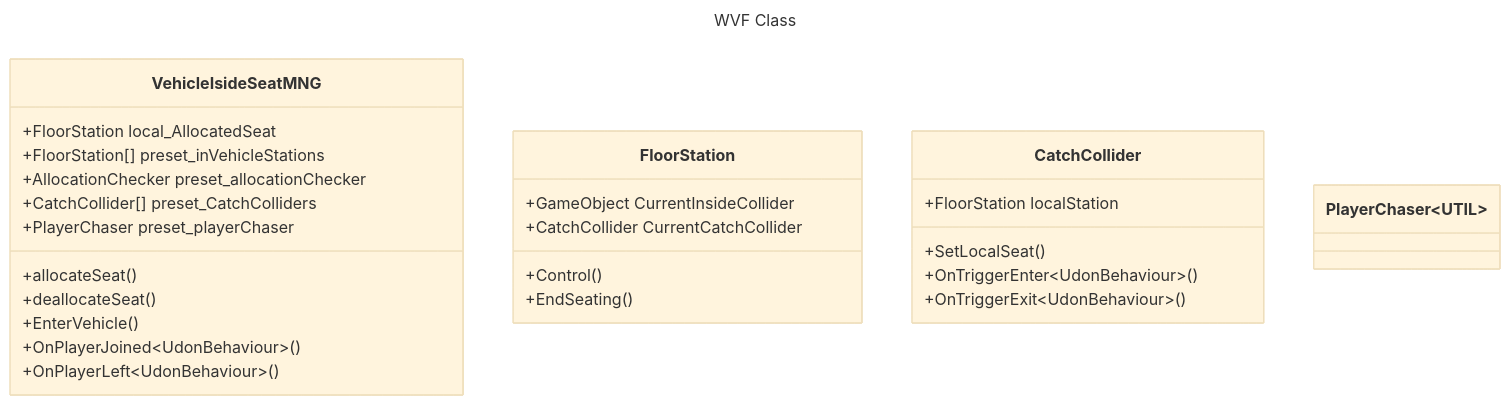
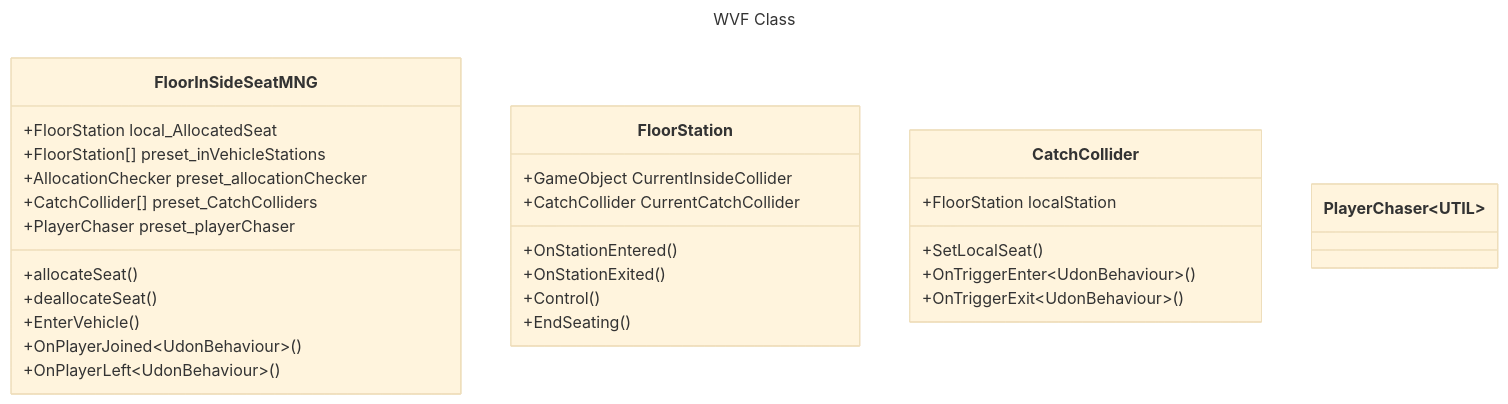
Before and after one commit to frou01/VRC_PublicPackages: the second of 2 diagrams in Packages/com.frou01.wvf/Runtime/UdonProgramSources/WVF_UML.md, drawn with Mermaid (base theme). The commit also changed other lines of this file and 29 other files, not shown here.

````diff
--- a/Packages/com.frou01.wvf/Runtime/UdonProgramSources/WVF_UML.md
+++ b/Packages/com.frou01.wvf/Runtime/UdonProgramSources/WVF_UML.md
@@ -25,34 +27,36 @@
 ```mermaid
 ---
 title: WVF Class
 ---
 
 classDiagram
-	class VehicleIsideSeatMNG{
+	class FloorInSideSeatMNG{
 		+FloorStation local_AllocatedSeat
 		+FloorStation[] preset_inVehicleStations
 		+AllocationChecker preset_allocationChecker
 		+CatchCollider[] preset_CatchColliders
 		+PlayerChaser preset_playerChaser
 		+allocateSeat()
 		+deallocateSeat()
 		+EnterVehicle()
 		+OnPlayerJoined~UdonBehaviour~()
 		+OnPlayerLeft~UdonBehaviour~()
 	}
 	class FloorStation{
 		+GameObject CurrentInsideCollider
 		+CatchCollider CurrentCatchCollider
+		+OnStationEntered<UdonBehaviour>()
+		+OnStationExited<UdonBehaviour>()
 		+Control()
 		+EndSeating()
 	}
 	class CatchCollider{
 		+FloorStation localStation
 		+SetLocalSeat()
 		+OnTriggerEnter~UdonBehaviour~()
 		+OnTriggerExit~UdonBehaviour~()
 	}
 	class PlayerChaser ~UTIL~{
 	}
 
 ```
````
